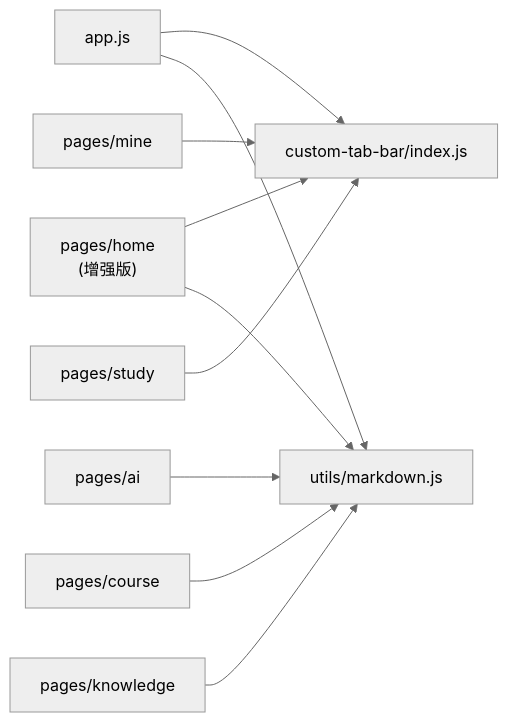
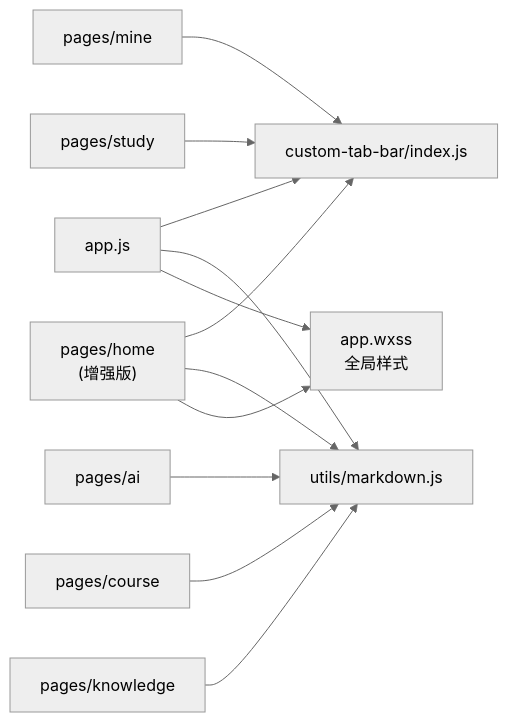
One commit to cwb7756/bio changed the eighth of 8 diagrams in .qoder/repowiki/zh/content/架构设计/前端架构设计.md. Above: the diagram before and after it, drawn with Mermaid (neutral theme). The commit also changed other lines of this file and 35 other files, not shown here.

````diff
--- a/.qoder/repowiki/zh/content/架构设计/前端架构设计.md
+++ b/.qoder/repowiki/zh/content/架构设计/前端架构设计.md
@@ -474,12 +485,14 @@
 ```mermaid
 graph LR
 APP["app.js"] --> TAB["custom-tab-bar/index.js"]
 APP --> MD["utils/markdown.js"]
+APP --> STYLES["app.wxss<br/>全局样式"]
 PAGE_HOME["pages/home<br/>(增强版)"] --> TAB
 PAGE_HOME --> MD
+PAGE_HOME --> STYLES
 PAGE_AI["pages/ai"] --> MD
 PAGE_COURSE["pages/course"] --> MD
 PAGE_KNOWLEDGE["pages/knowledge"] --> MD
 PAGE_MINE["pages/mine"] --> TAB
 PAGE_STUDY["pages/study"] --> TAB
 ```
````
